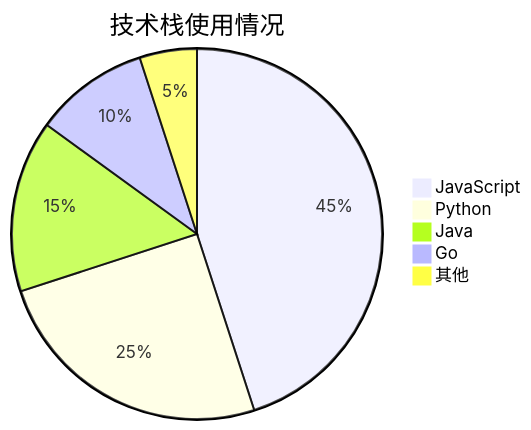
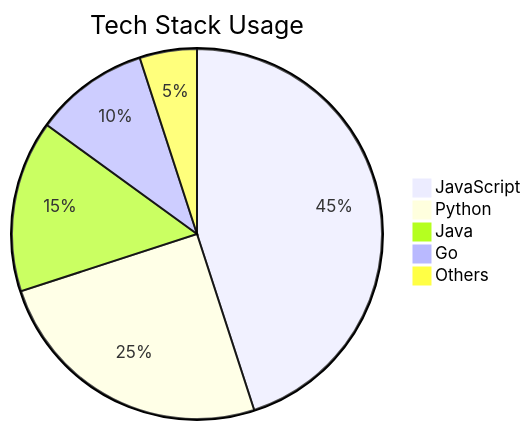
One commit to zhuangbiaowei/vitepress-ospo-writing-project changed the sixth of 8 diagrams in docs/articles/mermaid-diagram-guide.md. Above: the diagram before and after it, drawn with Mermaid. The commit also changed other lines of this file and 182 other files, not shown here.

````diff
--- a/docs/articles/mermaid-diagram-guide.md
+++ b/docs/articles/mermaid-diagram-guide.md
@@ -94,8 +94,8 @@
 ```mermaid
-pie title 技术栈使用情况
+pie title Tech Stack Usage
     "JavaScript" : 45
     "Python" : 25
     "Java" : 15
     "Go" : 10
-    "其他" : 5
+    "Others" : 5
 ```
````
